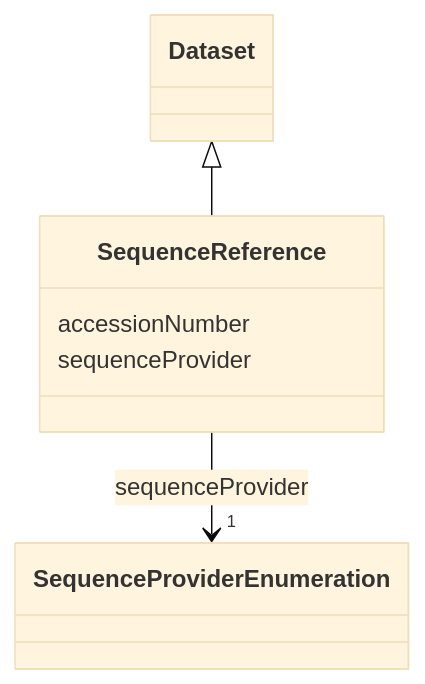
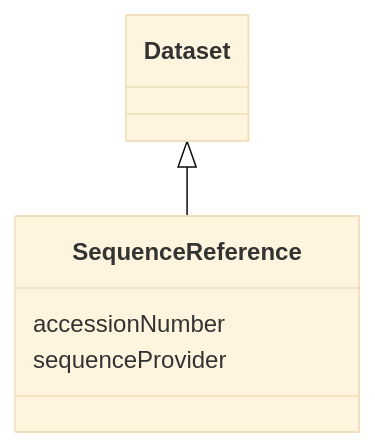
One commit to EVORA-project/evora-ontology changed the diagram in models/docs/SequenceReference.md. Above: the diagram before and after it, drawn with Mermaid (base theme). The commit also changed other lines of this file and 462 other files, not shown here.

````diff
--- a/models/docs/SequenceReference.md
+++ b/models/docs/SequenceReference.md
@@ -19,20 +19,13 @@
 ```mermaid
  classDiagram
     class SequenceReference
     click SequenceReference href "../SequenceReference"
       Dataset <|-- SequenceReference
         click Dataset href "../Dataset"
       
       SequenceReference : accessionNumber
         
       SequenceReference : sequenceProvider
         
-          
-    
-    
-    SequenceReference --> "1" SequenceProviderEnumeration : sequenceProvider
-    click SequenceProviderEnumeration href "../SequenceProviderEnumeration"
-
-        
       
 ```
````
